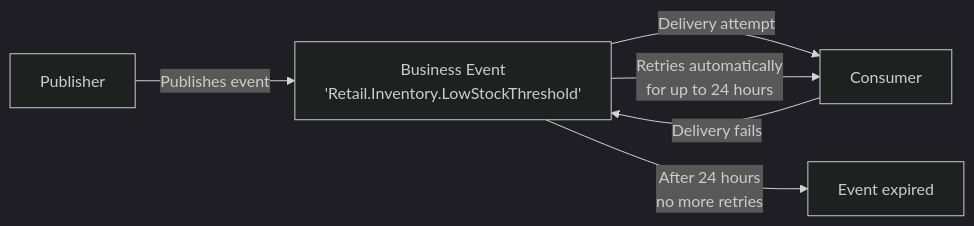
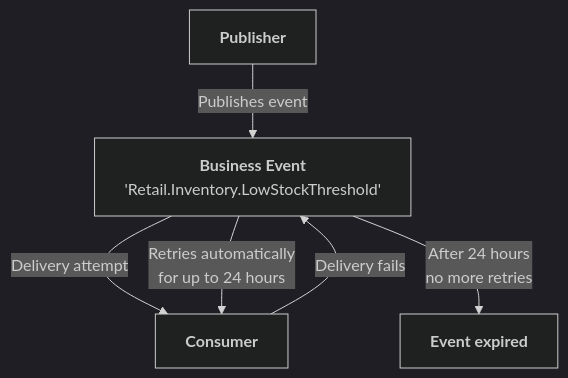
The diagram in docs/business-events/design-guides/handling-retries.md (microsoft/fabric-events), drawn with Mermaid (dark theme) before and after one commit. The commit also changed 225 other files, not shown here.

````diff
--- a/docs/business-events/design-guides/handling-retries.md
+++ b/docs/business-events/design-guides/handling-retries.md
@@ -9,8 +9,13 @@
 ```mermaid
-flowchart LR
-    P[Publisher] -->|Publishes event| BE[Business Event\n'Retail.Inventory.LowStockThreshold']
-    BE -->|Delivery attempt| C[Consumer]
-    C -->|Delivery fails| BE
-    BE -->|Retries automatically\nfor up to 24 hours| C
-    BE -->|After 24 hours\nno more retries| X[Event expired]
+flowchart TB
+    P["<b>Publisher</b>"]
+    BE["<b>Business Event</b><br/>'Retail.Inventory.LowStockThreshold'"]
+    C["<b>Consumer</b>"]
+    X["<b>Event expired</b>"]
+
+    P -->|"Publishes event"| BE
+    BE -->|"Delivery attempt"| C
+    C -->|"Delivery fails"| BE
+    BE -->|"Retries automatically<br/>for up to 24 hours"| C
+    BE -->|"After 24 hours<br/>no more retries"| X
 ```
````
